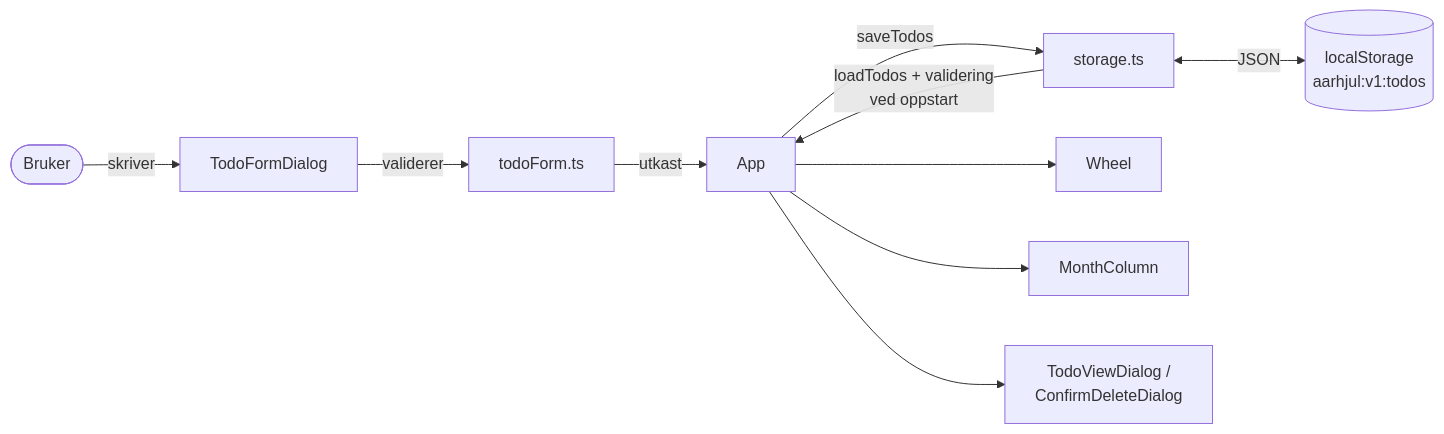
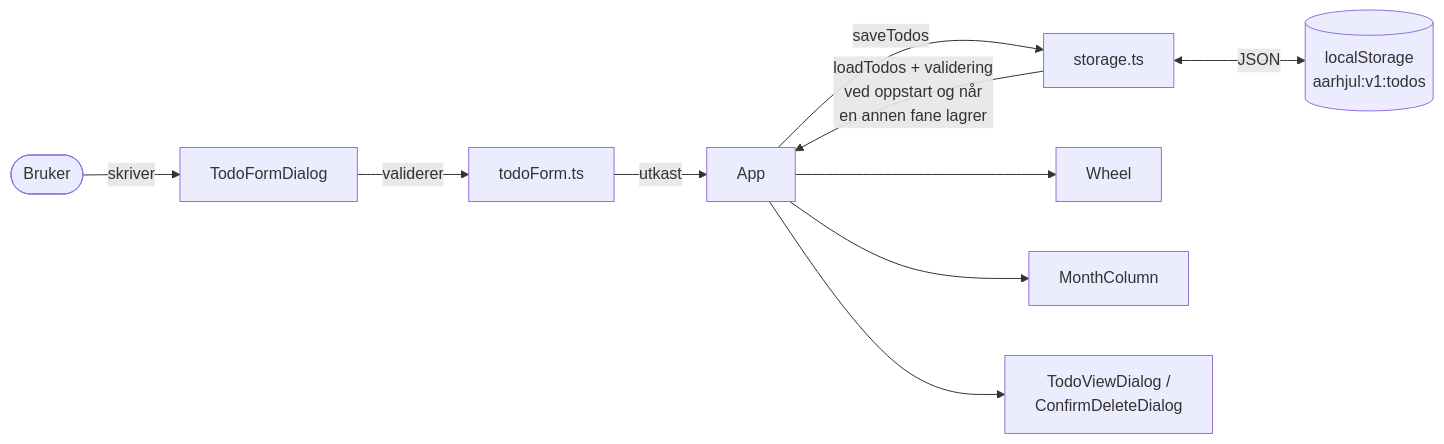
Before and after one commit to aarola2/Aarshjul: the diagram in docs/arkitektur.md, drawn with Mermaid. The commit also changed other lines of this file and 2 other files, not shown here.

Commit message:
Test at lagringsfeil nullstilles når et gjøremål slettes i en annen fane, og presiser kommentarer (#47)

````diff
--- a/docs/arkitektur.md
+++ b/docs/arkitektur.md
@@ -9,12 +9,12 @@
 ```mermaid
 flowchart LR
   B([Bruker]) -->|skriver| F[TodoFormDialog]
   F -->|validerer| T[todoForm.ts]
   T -->|utkast| A[App]
   A -->|saveTodos| S[storage.ts]
   S <-->|JSON| L[(localStorage<br/>aarhjul:v1:todos)]
-  S -->|loadTodos + validering<br/>ved oppstart| A
+  S -->|loadTodos + validering<br/>ved oppstart og når<br/>en annen fane lagrer| A
   A --> W[Wheel]
   A --> M[MonthColumn]
   A --> V[TodoViewDialog /<br/>ConfirmDeleteDialog]
 ```
````
